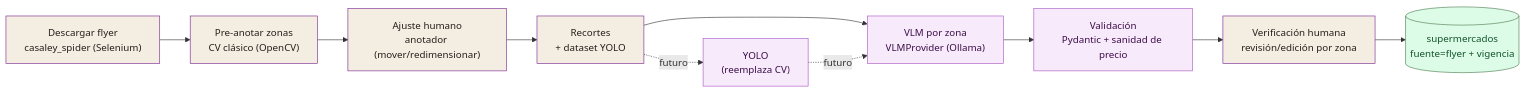
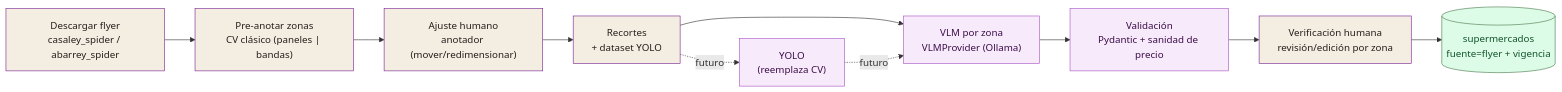
Before and after one commit to anmerino-pnd/sina: the second of 2 diagrams in quarto/3_datos.qmd, drawn with Mermaid. The commit also changed other lines of this file and 16 other files, not shown here.

First line of the commit message:
Abarrey al pipeline de flyers + modo bandas de zonas + consolidador de dataset YOLO

````diff
--- a/quarto/3_datos.qmd
+++ b/quarto/3_datos.qmd
@@ -172,21 +184,21 @@
 ```{mermaid}
 %%| label: fig-flyers
 %%| fig-cap: "Pipeline de volantes: descarga → zonas → VLM → verificación → Postgres"
 flowchart LR
-    D["Descargar flyer<br/>casaley_spider (Selenium)"] --> P["Pre-anotar zonas<br/>CV clásico (OpenCV)"]
+    D["Descargar flyer<br/>casaley_spider / abarrey_spider"] --> P["Pre-anotar zonas<br/>CV clásico (paneles | bandas)"]
     P --> A["Ajuste humano<br/>anotador (mover/redimensionar)"]
     A --> R["Recortes<br/>+ dataset YOLO"]
     R --> V["VLM por zona<br/>VLMProvider (Ollama)"]
     V --> Q["Validación<br/>Pydantic + sanidad de precio"]
     Q --> H["Verificación humana<br/>revisión/edición por zona"]
     H --> DB[("supermercados<br/>fuente=flyer + vigencia")]
     R -. futuro .-> Y["YOLO<br/>(reemplaza CV)"]
     Y -. futuro .-> V
 
     classDef paso  fill:#f4eee2,stroke:#7a2492,stroke-width:1px,color:#241f1b;
     classDef vlm   fill:#f7eafb,stroke:#a955c4,stroke-width:1px,color:#3b0e48;
     classDef datos fill:#dcfce7,stroke:#4e7a4f,stroke-width:1px,color:#14532d;
     class D,P,A,R,H paso;
     class V,Q,Y vlm;
     class DB datos;
 ```
````
